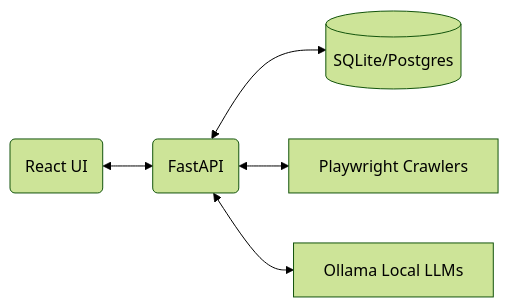
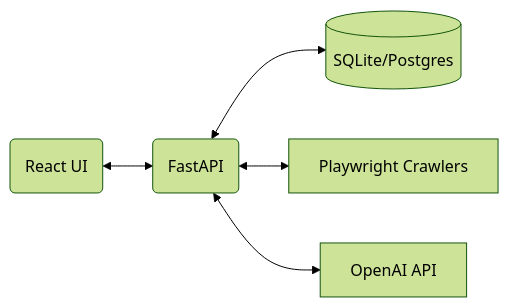
The diagram in README.md (N0madx86/ai-agent-travel-planner), drawn with Mermaid (forest theme) before and after one commit. The commit also changed other lines of this file, not shown here.

Commit message:
Swapped Ollama references for OpenAI

````diff
--- a/README.md
+++ b/README.md
@@ -51,7 +51,7 @@
 ```mermaid
 graph LR
     Frontend(React UI) <--> Backend(FastAPI)
     Backend <--> DB[(SQLite/Postgres)]
     Backend <--> Scrapers[Playwright Crawlers]
-    Backend <--> AI[Ollama Local LLMs]
+    Backend <--> AI[OpenAI API]
 ```
````
